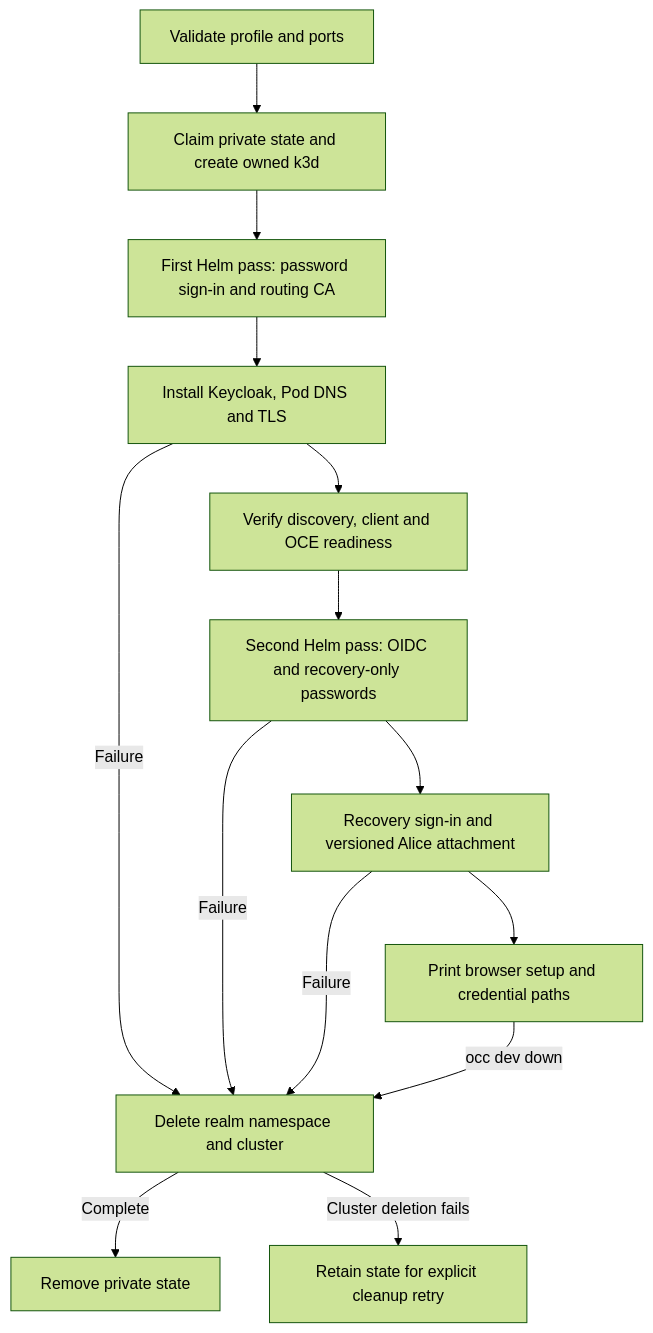
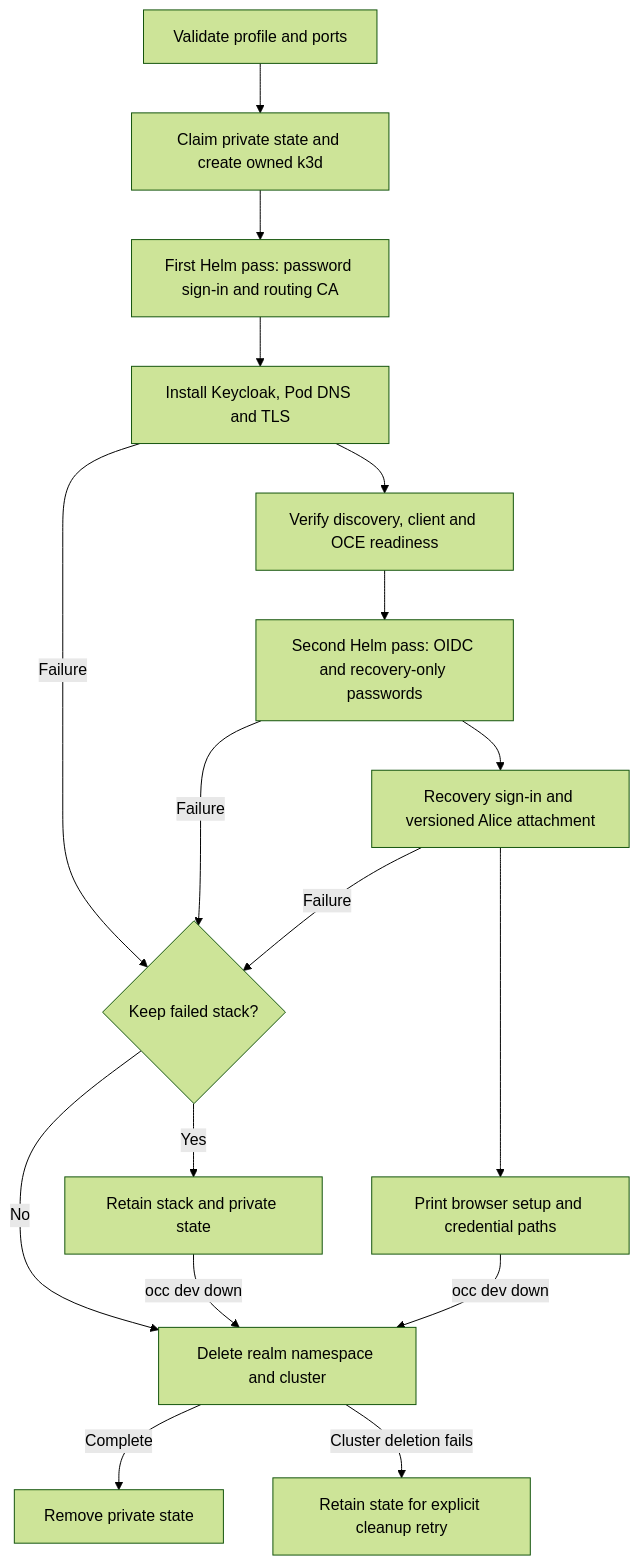
Before and after one commit to openclaw/openclaw-enterprise: the diagram in docs/flows/docker-compose-development/keycloak.md, drawn with Mermaid (forest theme). The commit also changed other lines of this file, not shown here.

Commit message:
docs: explain when a failed Keycloak setup retains its stack

````diff
--- a/docs/flows/docker-compose-development/keycloak.md
+++ b/docs/flows/docker-compose-development/keycloak.md
@@ -23,16 +23,19 @@
 ```mermaid
 graph TD
   A["Validate profile and ports"] --> B["Claim private state and create owned k3d"]
   B --> C["First Helm pass: password sign-in and routing CA"]
   C --> D["Install Keycloak, Pod DNS and TLS"]
   D --> E["Verify discovery, client and OCE readiness"]
   E --> F["Second Helm pass: OIDC and recovery-only passwords"]
   F --> G["Recovery sign-in and versioned Alice attachment"]
   G --> H["Print browser setup and credential paths"]
-  D -- "Failure" --> X["Delete realm namespace and cluster"]
-  F -- "Failure" --> X
-  G -- "Failure" --> X
+  D -- "Failure" --> K{"Keep failed stack?"}
+  F -- "Failure" --> K
+  G -- "Failure" --> K
+  K -- "Yes" --> S["Retain stack and private state"]
+  K -- "No" --> X["Delete realm namespace and cluster"]
+  S -- "occ dev down" --> X
   H -- "occ dev down" --> X
   X -- "Complete" --> Y["Remove private state"]
   X -- "Cluster deletion fails" --> Z["Retain state for explicit cleanup retry"]
 ```
````
